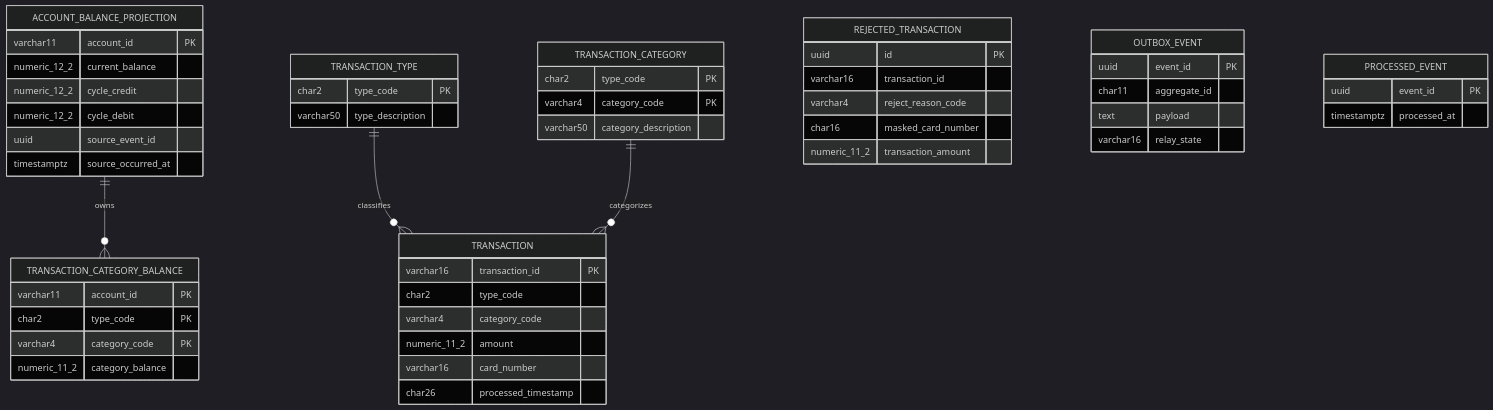
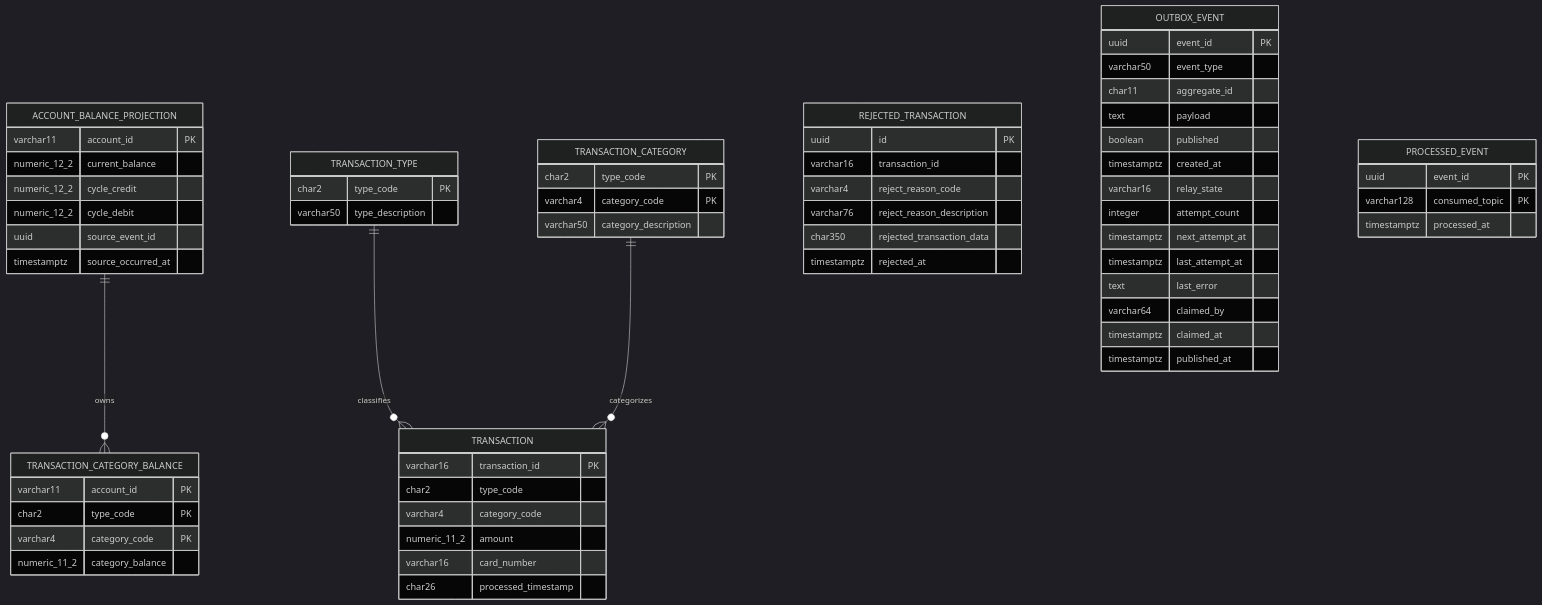
The second of 6 diagrams in card-platform/docs/data-model.md (blitzy-public-samples/aws-carddemo-blitzy), drawn with Mermaid (dark theme) before and after one commit. The commit also changed other lines of this file and 540 other files, not shown here.

````diff
--- a/card-platform/docs/data-model.md
+++ b/card-platform/docs/data-model.md
@@ -128,55 +184,67 @@
 ```mermaid
 erDiagram
     TRANSACTION {
         varchar16 transaction_id PK
         char2 type_code
         varchar4 category_code
         numeric_11_2 amount
         varchar16 card_number
         char26 processed_timestamp
     }
     TRANSACTION_CATEGORY_BALANCE {
         varchar11 account_id PK
         char2 type_code PK
         varchar4 category_code PK
         numeric_11_2 category_balance
     }
     ACCOUNT_BALANCE_PROJECTION {
         varchar11 account_id PK
         numeric_12_2 current_balance
         numeric_12_2 cycle_credit
         numeric_12_2 cycle_debit
         uuid source_event_id
         timestamptz source_occurred_at
     }
     TRANSACTION_TYPE {
         char2 type_code PK
         varchar50 type_description
     }
     TRANSACTION_CATEGORY {
         char2 type_code PK
         varchar4 category_code PK
         varchar50 category_description
     }
     REJECTED_TRANSACTION {
         uuid id PK
         varchar16 transaction_id
         varchar4 reject_reason_code
-        char16 masked_card_number
-        numeric_11_2 transaction_amount
+        varchar76 reject_reason_description
+        char350 rejected_transaction_data
+        timestamptz rejected_at
     }
     OUTBOX_EVENT {
         uuid event_id PK
+        varchar50 event_type
         char11 aggregate_id
         text payload
+        boolean published
+        timestamptz created_at
         varchar16 relay_state
+        integer attempt_count
+        timestamptz next_attempt_at
+        timestamptz last_attempt_at
+        text last_error
+        varchar64 claimed_by
+        timestamptz claimed_at
+        timestamptz published_at
     }
     PROCESSED_EVENT {
         uuid event_id PK
+        varchar128 consumed_topic PK
         timestamptz processed_at
     }
 
     TRANSACTION_TYPE ||--o{ TRANSACTION : classifies
     TRANSACTION_CATEGORY ||--o{ TRANSACTION : categorizes
     ACCOUNT_BALANCE_PROJECTION ||--o{ TRANSACTION_CATEGORY_BALANCE : owns
 ```
````
